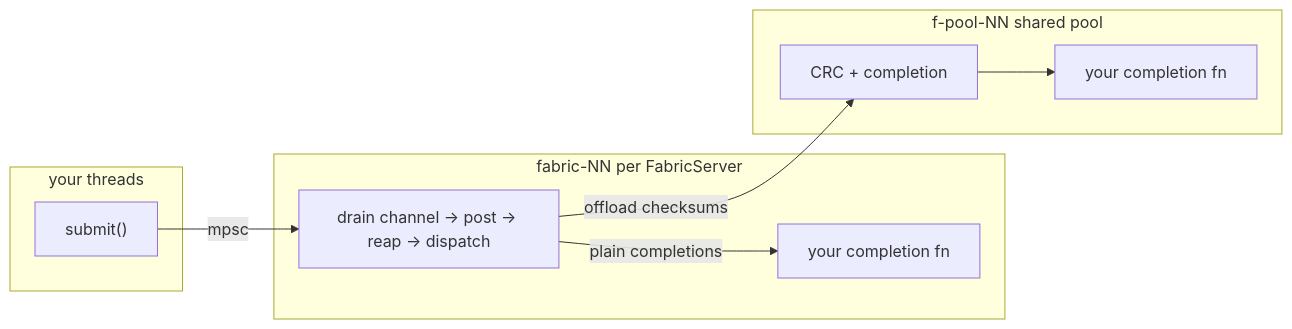
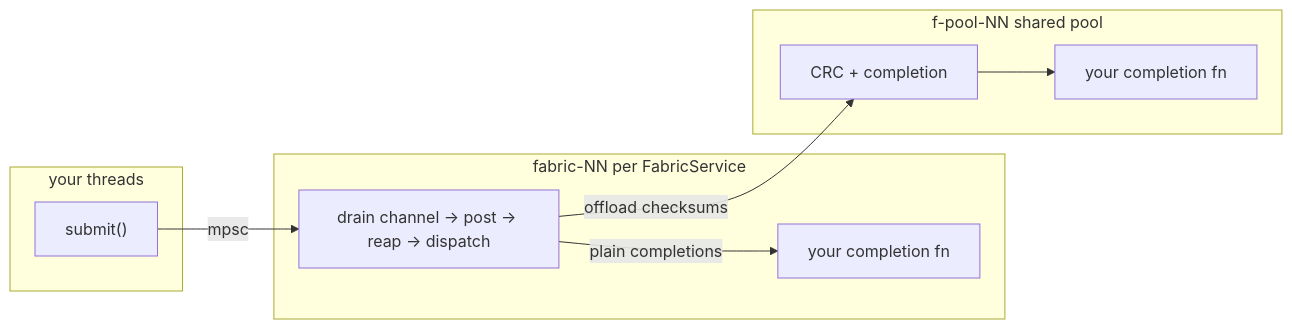
Before and after one commit to momentohq/vdma: the diagram in design/Integration.md, drawn with Mermaid. The commit also changed other lines of this file and 9 other files, not shown here.

Commit message:
rename FabricServer -> FabricService

````diff
--- a/design/Integration.md
+++ b/design/Integration.md
@@ -46,16 +46,16 @@
 ```mermaid
 flowchart LR
     subgraph yours["your threads"]
         S["submit()"]
     end
-    subgraph worker["fabric-NN per FabricServer"]
+    subgraph worker["fabric-NN per FabricService"]
         W["drain channel → post → reap → dispatch"]
         W -->|"plain completions"| C1["your completion fn"]
     end
     subgraph pool["f-pool-NN shared pool"]
         P["CRC + completion"]
         P --> C2["your completion fn"]
     end
     S -->|"mpsc"| W
     W -->|"offload checksums"| P
 ```
````
